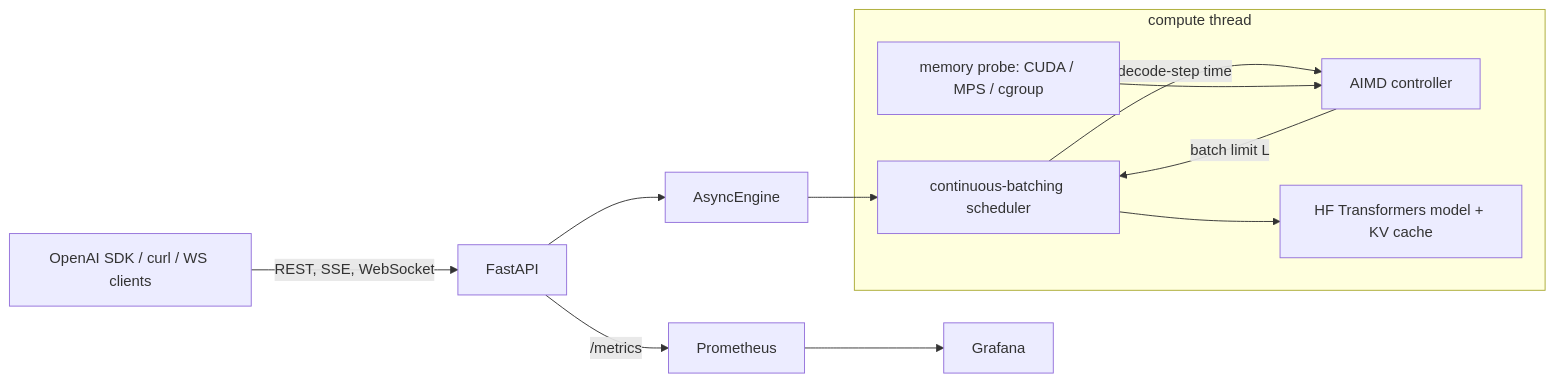
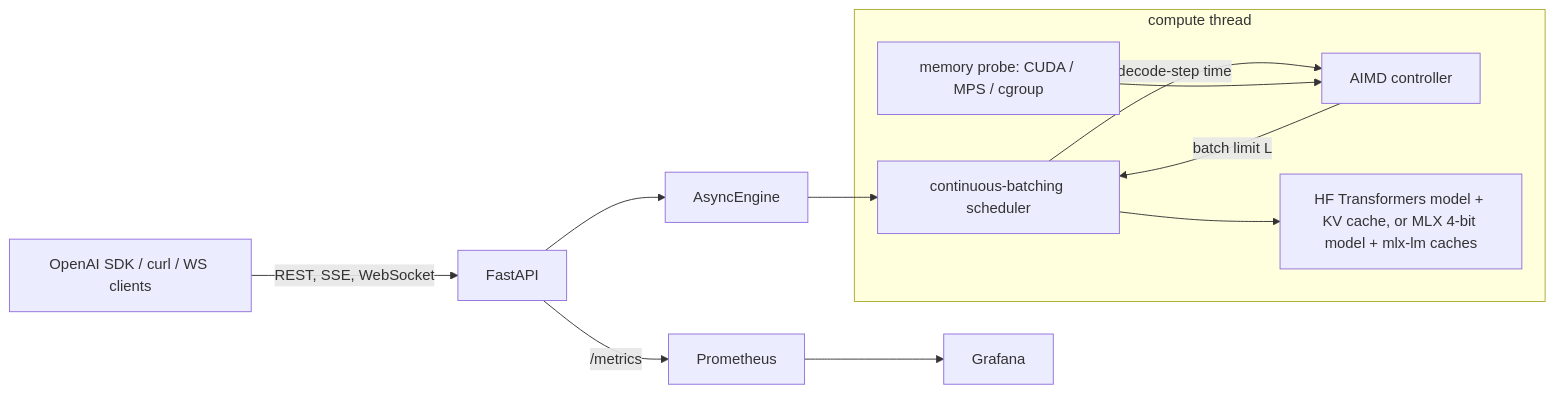
The diagram in README.md (krishmdev/localhost-ai), drawn with Mermaid before and after one commit. The commit also changed other lines of this file, not shown here.

Commit message:
readme: mlx presets and gemma 4, prefix caching, measured test counts, the mlx limitations after the review fixes

````diff
--- a/README.md
+++ b/README.md
@@ -14,13 +14,13 @@
 ```mermaid
 flowchart LR
   c[OpenAI SDK / curl / WS clients] -->|REST, SSE, WebSocket| api[FastAPI]
   api --> eng[AsyncEngine]
   subgraph compute thread
     sch[continuous-batching scheduler] -->|decode-step time| ctl[AIMD controller]
     mem[memory probe: CUDA / MPS / cgroup] --> ctl
     ctl -->|batch limit L| sch
-    sch --> hf[HF Transformers model + KV cache]
+    sch --> hf[HF Transformers model + KV cache, or MLX 4-bit model + mlx-lm caches]
   end
   eng --> sch
   api -->|/metrics| prom[Prometheus] --> graf[Grafana]
 ```
````
